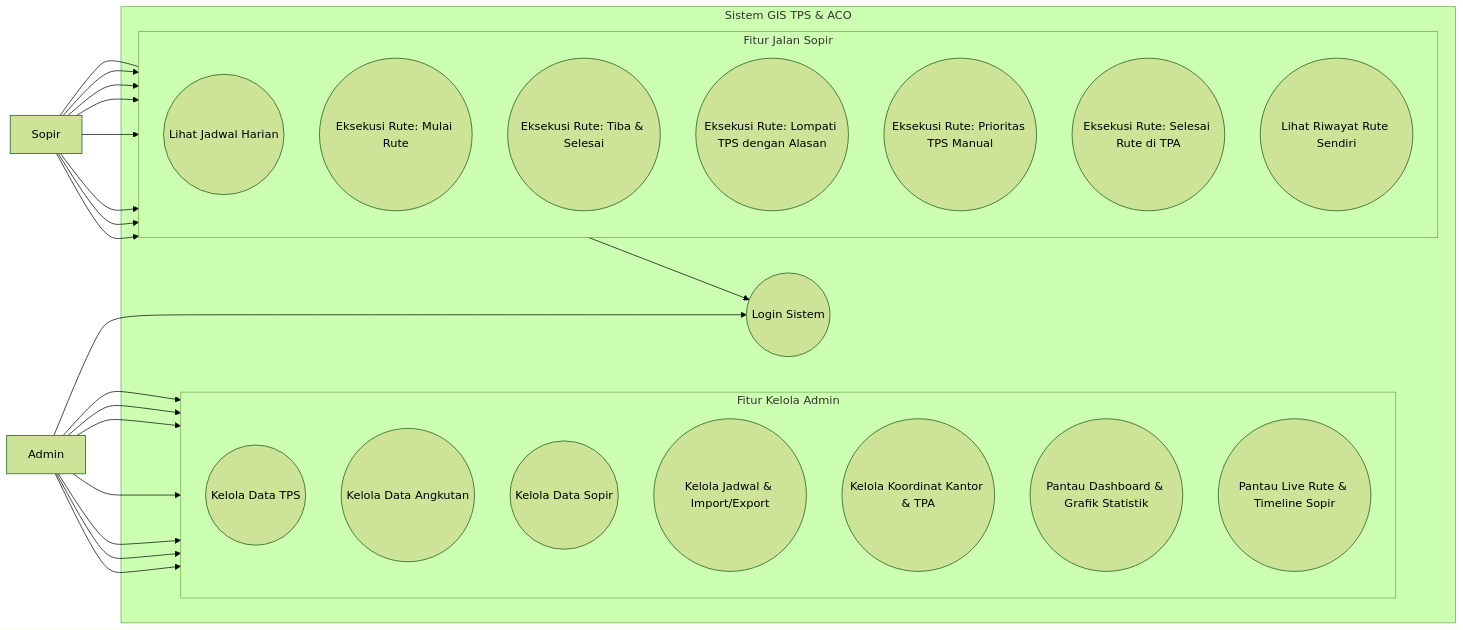
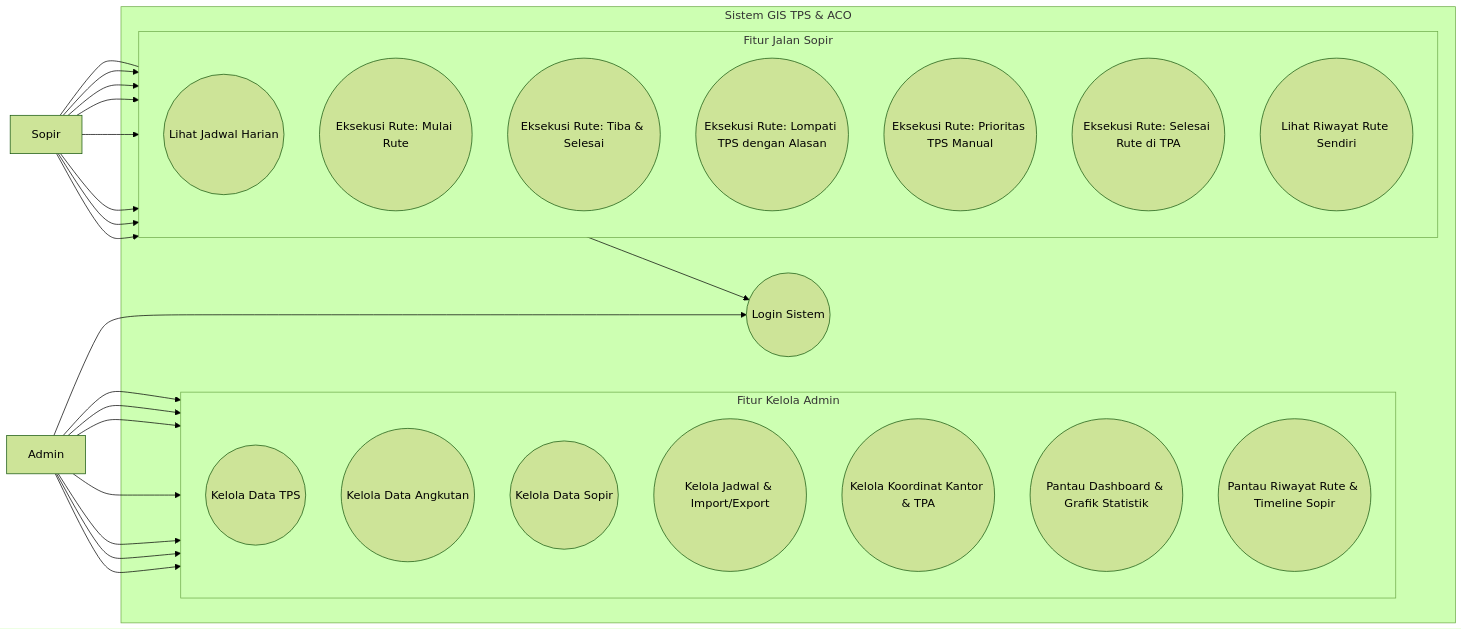
The first of 8 diagrams in UML/uml_diagrams.md (Toffazal/gis-rute-tps), drawn with Mermaid (forest theme) before and after one commit. The commit also changed other lines of this file and 11 other files, not shown here.

Commit message:
feat: add initial database schema and project documentation including UML diagrams

````diff
--- a/UML/uml_diagrams.md
+++ b/UML/uml_diagrams.md
@@ -13,52 +13,52 @@
 ```mermaid
 flowchart LR
     Admin[Admin]
 
     subgraph System ["Sistem GIS TPS & ACO"]
         UC_Login((Login Sistem))
 
         subgraph Admin_Features ["Fitur Kelola Admin"]
             direction TB
             UC_MasterTPS((Kelola Data TPS))
             UC_MasterAngkutan((Kelola Data Angkutan))
             UC_MasterSopir((Kelola Data Sopir))
             UC_Jadwal((Kelola Jadwal & Import/Export))
             UC_Website((Kelola Koordinat Kantor & TPA))
             UC_DashboardAdmin((Pantau Dashboard & Grafik Statistik))
-            UC_MonitorRealtime((Pantau Live Rute & Timeline Sopir))
+            UC_MonitorRealtime((Pantau Riwayat Rute & Timeline Sopir))
         end
 
         subgraph Sopir_Features ["Fitur Jalan Sopir"]
             direction TB
             UC_JadwalSopir((Lihat Jadwal Harian))
             UC_MulaiRute((Eksekusi Rute: Mulai Rute))
             UC_TibaSelesai((Eksekusi Rute: Tiba & Selesai))
             UC_SkipTPS((Eksekusi Rute: Lompati TPS dengan Alasan))
             UC_Prioritas((Eksekusi Rute: Prioritas TPS Manual))
             UC_SelesaiTPA((Eksekusi Rute: Selesai Rute di TPA))
             UC_RiwayatSopir((Lihat Riwayat Rute Sendiri))
         end
     end
 
     Sopir[Sopir]
 
     %% Hubungan Admin
     Admin --> UC_Login
     Admin --> UC_MasterTPS
     Admin --> UC_MasterAngkutan
     Admin --> UC_MasterSopir
     Admin --> UC_Jadwal
     Admin --> UC_Website
     Admin --> UC_DashboardAdmin
     Admin --> UC_MonitorRealtime
 
     %% Hubungan Sopir
     Sopir --> UC_Login
     Sopir --> UC_JadwalSopir
     Sopir --> UC_MulaiRute
     Sopir --> UC_TibaSelesai
     Sopir --> UC_SkipTPS
     Sopir --> UC_Prioritas
     Sopir --> UC_SelesaiTPA
     Sopir --> UC_RiwayatSopir
 ```
````
